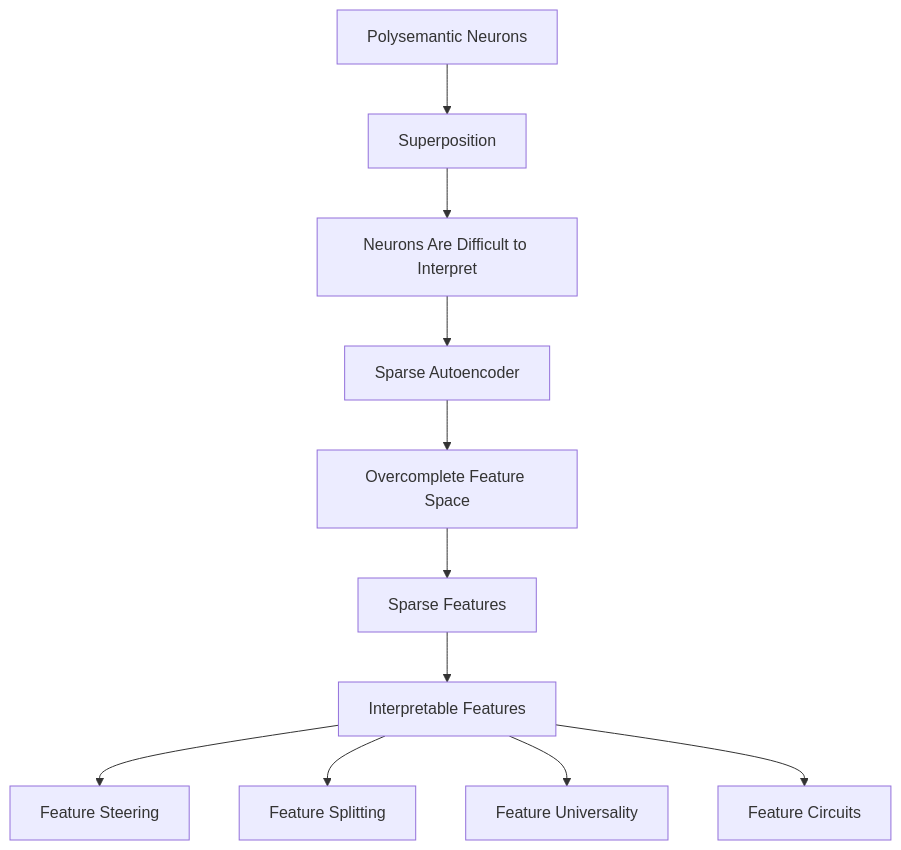
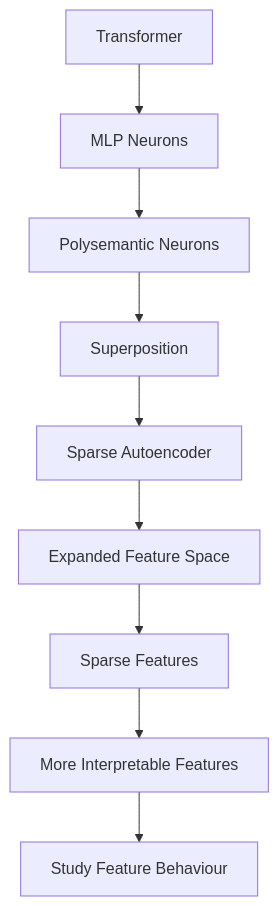
One commit to humairasoudagar/sparse-autoencoder-interpretability changed diagram 11 of 12 in papers/anthropic-monosemanticity.md. Above: the diagram before and after it, drawn with Mermaid. The commit also changed other lines of this file, not shown here.

````diff
--- a/papers/anthropic-monosemanticity.md
+++ b/papers/anthropic-monosemanticity.md
@@ -432,15 +498,14 @@
 ```mermaid
 flowchart TD
-    A[Polysemantic Neurons] --> B[Superposition]
-    B --> C[Neurons Are Difficult to Interpret]
+    A[Transformer] --> B[MLP Neurons]
 
-    C --> D[Sparse Autoencoder]
-    D --> E[Overcomplete Feature Space]
-    E --> F[Sparse Features]
-    F --> G[Interpretable Features]
+    B --> C[Polysemantic Neurons]
+    C --> D[Superposition]
 
-    G --> H[Feature Steering]
-    G --> I[Feature Splitting]
-    G --> J[Feature Universality]
-    G --> K[Feature Circuits]
+    D --> E[Sparse Autoencoder]
+    E --> F[Expanded Feature Space]
+    F --> G[Sparse Features]
+
+    G --> H[More Interpretable Features]
+    H --> I[Study Feature Behaviour]
 ```
````
